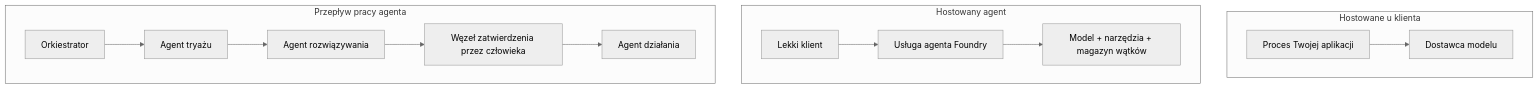
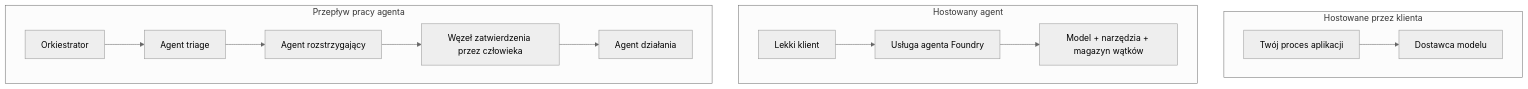
The first of 4 diagrams in mirrors/repos/microsoft@ai-agents-for-beginners/translations/pl/16-deploying-scalable-agents/README.md (gabrielmoreira/agent-skills-mirror), drawn with Mermaid (neutral theme) before and after one commit. The commit also changed other lines of this file and 3581 other files, not shown here.

````diff
--- a/mirrors/repos/microsoft@ai-agents-for-beginners/translations/pl/16-deploying-scalable-agents/README.md
+++ b/mirrors/repos/microsoft@ai-agents-for-beginners/translations/pl/16-deploying-scalable-agents/README.md
@@ -87,16 +87,16 @@
 ```mermaid
 flowchart TB
-    subgraph P1[Hostowane u klienta]
-        A1[Proces Twojej aplikacji] --> M1[Dostawca modelu]
+    subgraph P1[Hostowane przez klienta]
+        A1[Twój proces aplikacji] --> M1[Dostawca modelu]
     end
     subgraph P2[Hostowany agent]
         A2[Lekki klient] --> F2[Usługa agenta Foundry]
         F2 --> M2[Model + narzędzia + magazyn wątków]
     end
     subgraph P3[Przepływ pracy agenta]
-        A3[Orkiestrator] --> S1[Agent tryażu]
-        S1 --> S2[Agent rozwiązywania]
+        A3[Orkiestrator] --> S1[Agent triage]
+        S1 --> S2[Agent rozstrzygający]
         S2 --> H[Węzeł zatwierdzenia przez człowieka]
         H --> S3[Agent działania]
     end
 ```
````
